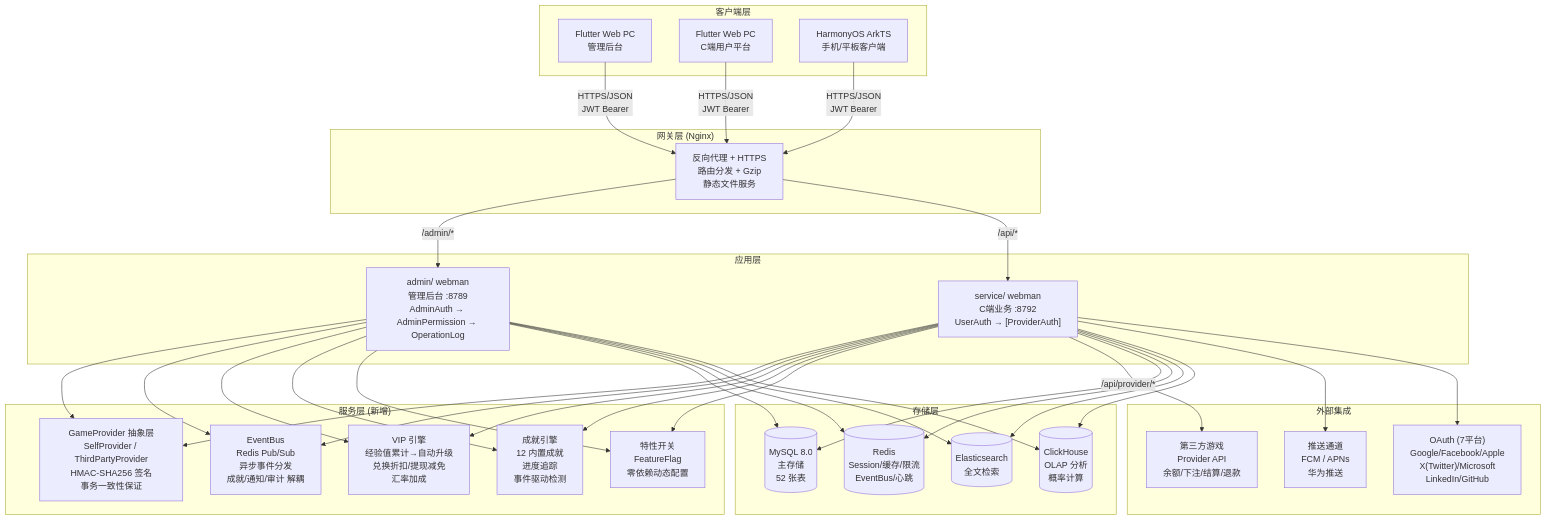
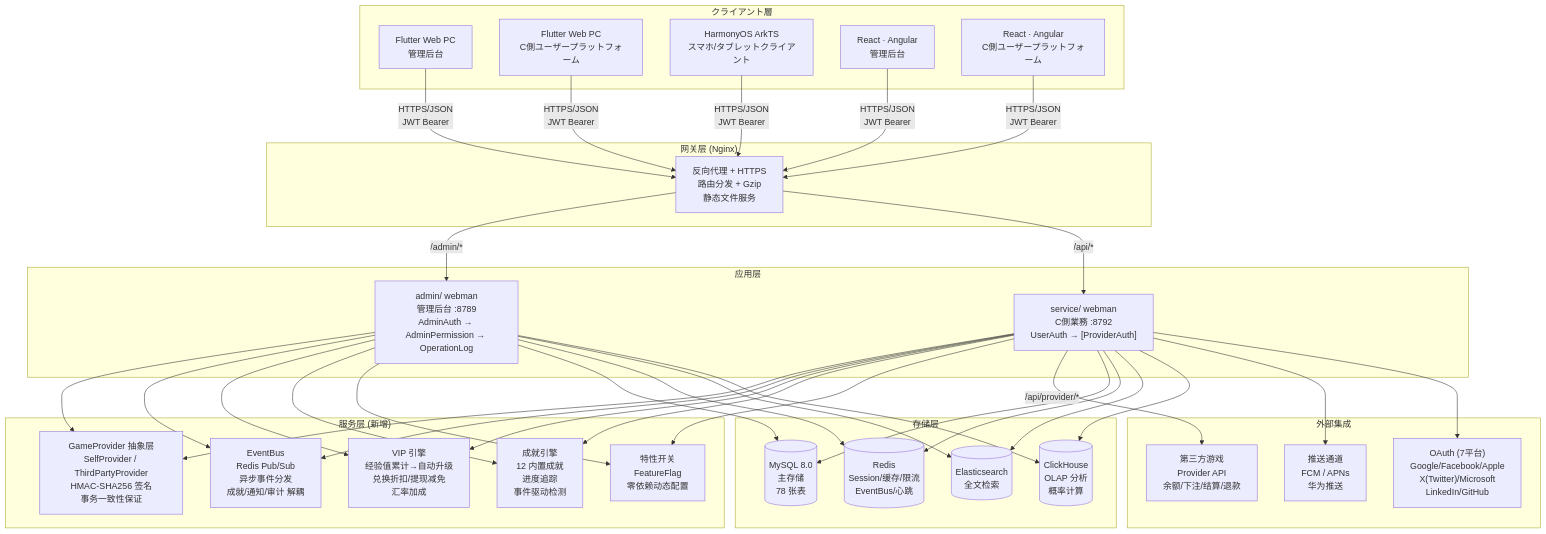
One commit to erikwang2013/game-platform-php changed the first of 2 diagrams in docs/ARCHITECTURE.ja.md. Above: the diagram before and after it, drawn with Mermaid. The commit also changed other lines of this file and 511 other files, not shown here.

````diff
--- a/docs/ARCHITECTURE.ja.md
+++ b/docs/ARCHITECTURE.ja.md
@@ -11,46 +11,48 @@
 ```mermaid
 flowchart TB
-    subgraph "客户端层"
+    subgraph "クライアント層"
         A1["Flutter Web PC<br/>管理后台"]
-        A2["Flutter Web PC<br/>C端用户平台"]
-        A3["HarmonyOS ArkTS<br/>手机/平板客户端"]
+        A2["Flutter Web PC<br/>C側ユーザープラットフォーム"]
+        A3["HarmonyOS ArkTS<br/>スマホ/タブレットクライアント"]
+        A4["React · Angular<br/>管理后台"]
+        A5["React · Angular<br/>C側ユーザープラットフォーム"]
     end
 
     subgraph "网关层 (Nginx)"
         B1["反向代理 + HTTPS<br/>路由分发 + Gzip<br/>静态文件服务"]
     end
 
     subgraph "应用层"
         C1["admin/ webman<br/>管理后台 :8789<br/>AdminAuth → AdminPermission → OperationLog"]
-        C2["service/ webman<br/>C端业务 :8792<br/>UserAuth → [ProviderAuth]"]
+        C2["service/ webman<br/>C側業務 :8792<br/>UserAuth → [ProviderAuth]"]
     end
 
     subgraph "服务层 (新增)"
         D0["GameProvider 抽象层<br/>SelfProvider / ThirdPartyProvider<br/>HMAC-SHA256 签名<br/>事务一致性保证"]
         D1["EventBus<br/>Redis Pub/Sub<br/>异步事件分发<br/>成就/通知/审计 解耦"]
         D2["VIP 引擎<br/>经验值累计→自动升级<br/>兑换折扣/提现减免<br/>汇率加成"]
         D3["成就引擎<br/>12 内置成就<br/>进度追踪<br/>事件驱动检测"]
         D4["特性开关<br/>FeatureFlag<br/>零依赖动态配置"]
     end
 
     subgraph "存储层"
-        E1[("MySQL 8.0<br/>主存储<br/>52 张表")]
+        E1[("MySQL 8.0<br/>主存储<br/>78 张表")]
         E2[("Redis<br/>Session/缓存/限流<br/>EventBus/心跳")]
         E3[("Elasticsearch<br/>全文检索")]
         E4[("ClickHouse<br/>OLAP 分析<br/>概率计算")]
     end
 
     subgraph "外部集成"
         F1["第三方游戏<br/>Provider API<br/>余额/下注/结算/退款"]
         F2["推送通道<br/>FCM / APNs<br/>华为推送"]
         F3["OAuth (7平台)<br/>Google/Facebook/Apple<br/>X(Twitter)/Microsoft<br/>LinkedIn/GitHub"]
     end
 
-    A1 & A2 & A3 -->|"HTTPS/JSON<br/>JWT Bearer"| B1
+    A1 & A2 & A3 & A4 & A5 -->|"HTTPS/JSON<br/>JWT Bearer"| B1
     B1 -->|"/admin/*"| C1
     B1 -->|"/api/*"| C2
     C1 & C2 --> D0 & D1 & D2 & D3 & D4
     C2 -->|"/api/provider/*"| F1
     C1 & C2 --> E1 & E2 & E3 & E4
     C2 --> F2 & F3
 ```
````
